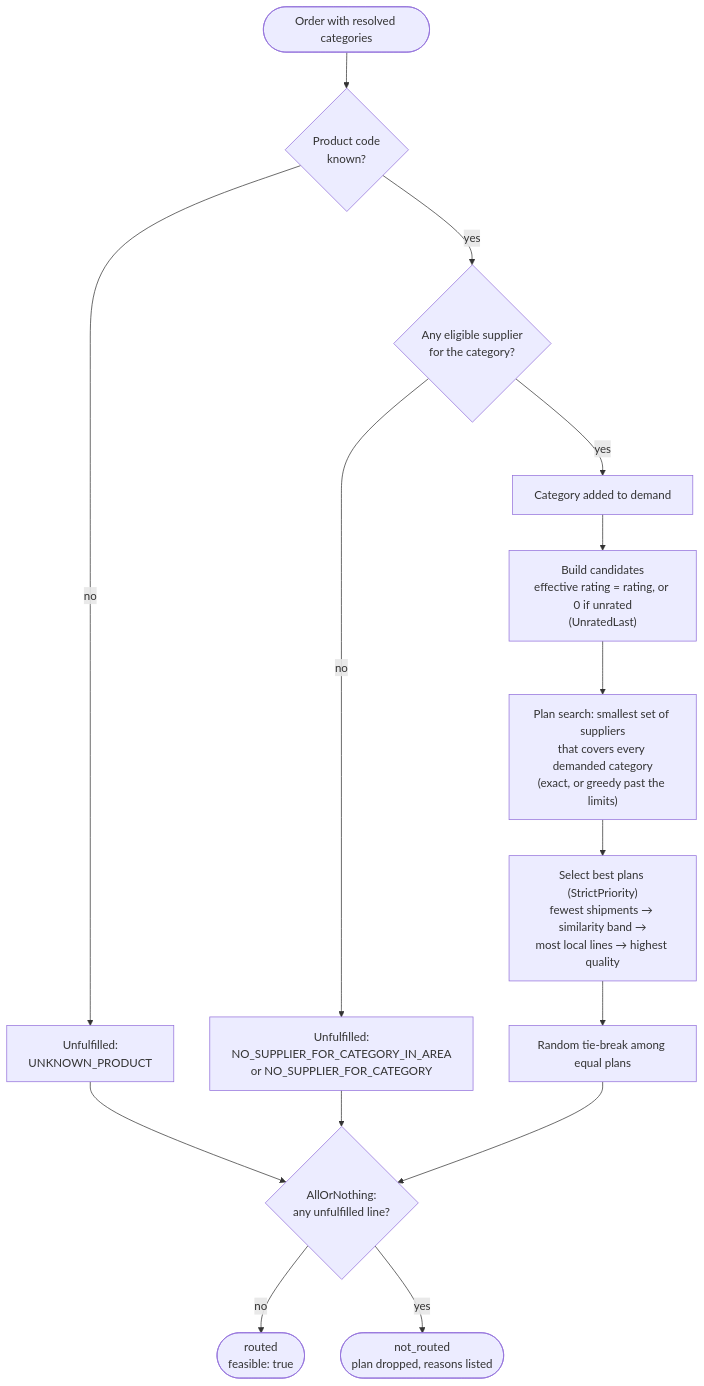
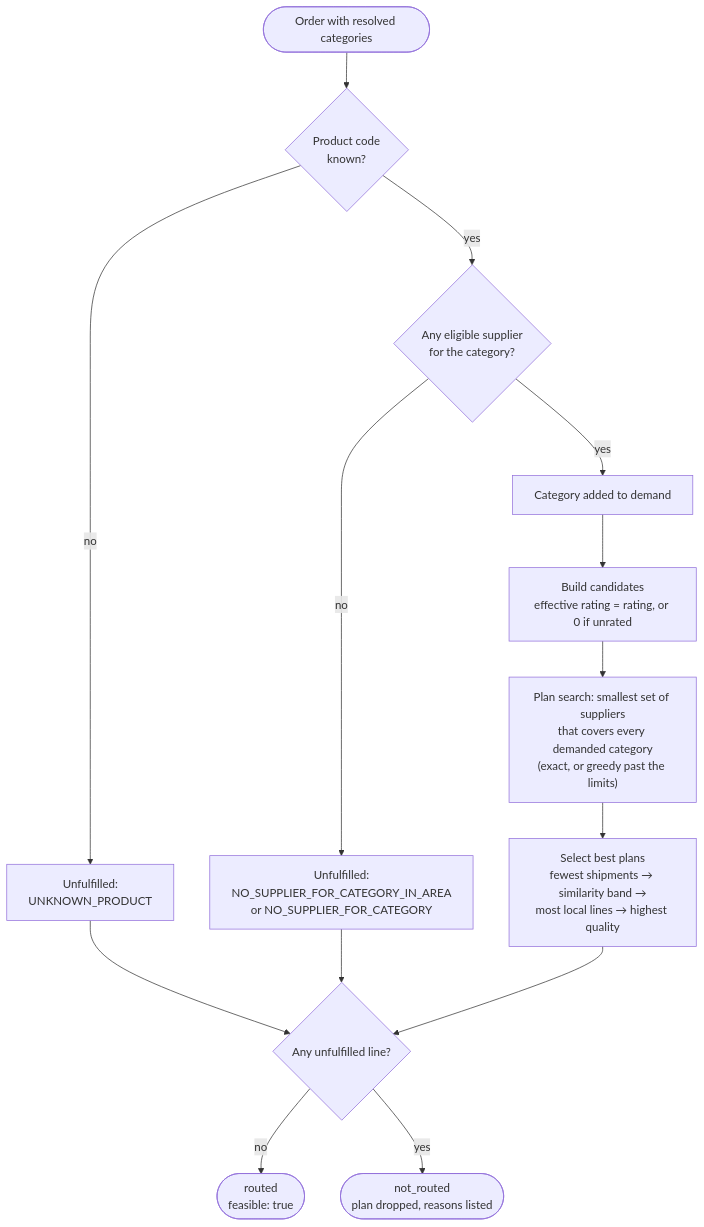
Before and after one commit to ricardochaidez/order-router: the fourth of 4 diagrams in README.md, drawn with Mermaid. The commit also changed other lines of this file and 84 other files, not shown here.

````diff
--- a/README.md
+++ b/README.md
@@ -105,20 +87,19 @@
 ```mermaid
 flowchart TD
     START([Order with resolved categories]) --> UNK{Product code<br/>known?}
     UNK -- no --> U1[Unfulfilled:<br/>UNKNOWN_PRODUCT]
     UNK -- yes --> ELIG{Any eligible supplier<br/>for the category?}
     ELIG -- no --> U2[Unfulfilled:<br/>NO_SUPPLIER_FOR_CATEGORY_IN_AREA<br/>or NO_SUPPLIER_FOR_CATEGORY]
     ELIG -- yes --> DEMAND[Category added to demand]
 
-    DEMAND --> CAND["Build candidates<br/>effective rating = rating, or 0 if unrated<br/>(UnratedLast)"]
+    DEMAND --> CAND["Build candidates<br/>effective rating = rating, or 0 if unrated"]
     CAND --> SEARCH["Plan search: smallest set of suppliers<br/>that covers every demanded category<br/>(exact, or greedy past the limits)"]
-    SEARCH --> SEL["Select best plans (StrictPriority)<br/>fewest shipments → similarity band →<br/>most local lines → highest quality"]
-    SEL --> TIE[Random tie-break among equal plans]
-    TIE --> POLICY
+    SEARCH --> SEL["Select best plans<br/>fewest shipments → similarity band →<br/>most local lines → highest quality"]
+    SEL --> GATE
 
-    U1 --> POLICY
-    U2 --> POLICY
-    POLICY{"AllOrNothing:<br/>any unfulfilled line?"}
-    POLICY -- no --> ROUTED([routed<br/>feasible: true])
-    POLICY -- yes --> NOT([not_routed<br/>plan dropped, reasons listed])
+    U1 --> GATE
+    U2 --> GATE
+    GATE{"Any unfulfilled line?"}
+    GATE -- no --> ROUTED([routed<br/>feasible: true])
+    GATE -- yes --> NOT([not_routed<br/>plan dropped, reasons listed])
 ```
````
